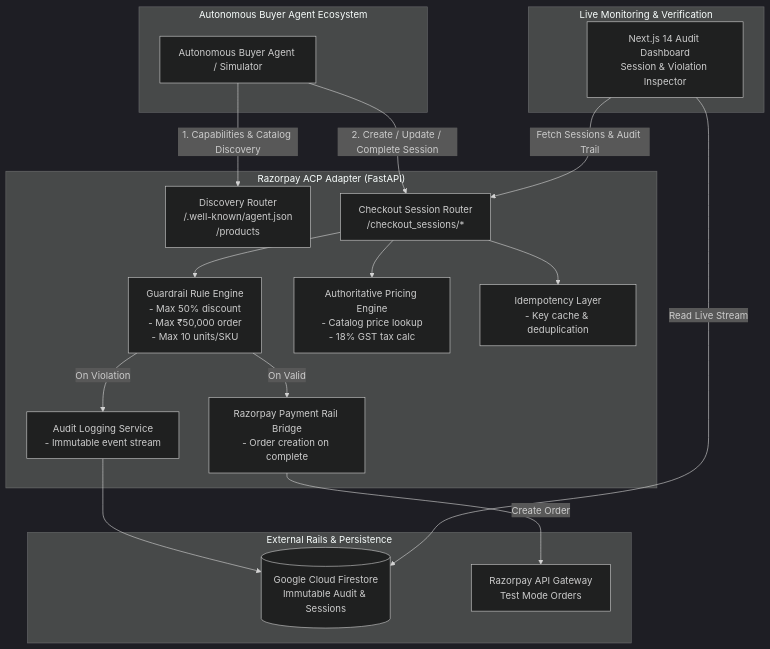
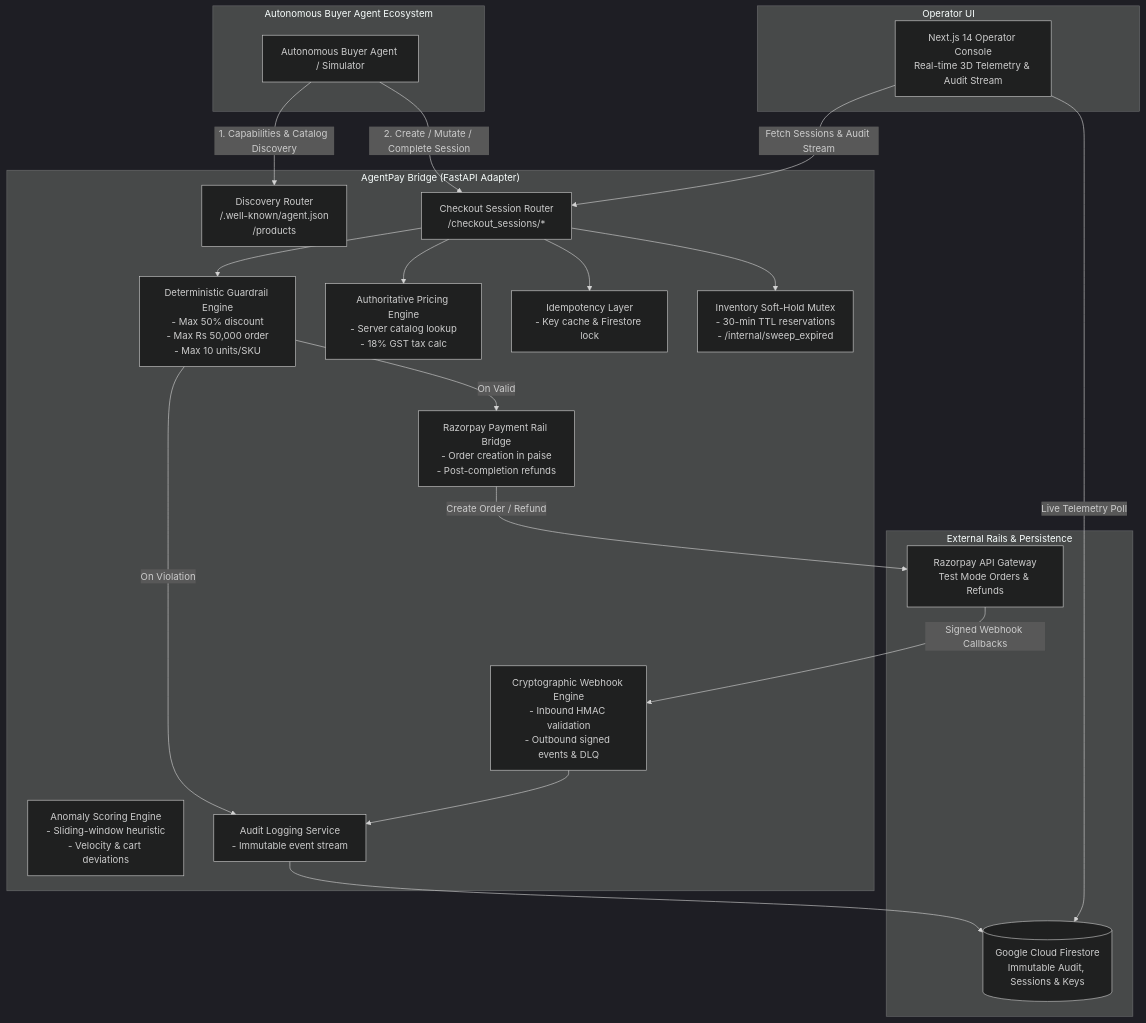
One commit to mohanprasath-dev/razorpay-acp-adapter changed the first of 2 diagrams in docs/architecture.md. Above: the diagram before and after it, drawn with Mermaid (dark theme). The commit also changed other lines of this file and 6 other files, not shown here.

````diff
--- a/docs/architecture.md
+++ b/docs/architecture.md
@@ -9,38 +12,44 @@
 ```mermaid
 flowchart TD
     subgraph BuyerAgent["Autonomous Buyer Agent Ecosystem"]
         Agent[Autonomous Buyer Agent / Simulator]
     end
 
-    subgraph ACPAdapter["Razorpay ACP Adapter (FastAPI)"]
+    subgraph AgentPayBridge["AgentPay Bridge (FastAPI Adapter)"]
         Discovery[Discovery Router\n/.well-known/agent.json\n/products]
         CheckoutRouter[Checkout Session Router\n/checkout_sessions/*]
-        Guardrails[Guardrail Rule Engine\n- Max 50% discount\n- Max ₹50,000 order\n- Max 10 units/SKU]
-        Pricing[Authoritative Pricing Engine\n- Catalog price lookup\n- 18% GST tax calc]
-        Idempotency[Idempotency Layer\n- Key cache & deduplication]
-        RazorpayBridge[Razorpay Payment Rail Bridge\n- Order creation on complete]
+        Guardrails[Deterministic Guardrail Engine\n- Max 50% discount\n- Max Rs 50,000 order\n- Max 10 units/SKU]
+        Pricing[Authoritative Pricing Engine\n- Server catalog lookup\n- 18% GST tax calc]
+        Idempotency[Idempotency Layer\n- Key cache & Firestore lock]
+        InventoryMutex[Inventory Soft-Hold Mutex\n- 30-min TTL reservations\n- /internal/sweep_expired]
+        AnomalyEngine[Anomaly Scoring Engine\n- Sliding-window heuristic\n- Velocity & cart deviations]
+        RazorpayBridge[Razorpay Payment Rail Bridge\n- Order creation in paise\n- Post-completion refunds]
+        WebhookService[Cryptographic Webhook Engine\n- Inbound HMAC validation\n- Outbound signed events & DLQ]
         AuditService[Audit Logging Service\n- Immutable event stream]
     end
 
     subgraph DataAndPayment["External Rails & Persistence"]
-        Firestore[(Google Cloud Firestore\nImmutable Audit & Sessions)]
-        RazorpayAPI[Razorpay API Gateway\nTest Mode Orders]
+        Firestore[(Google Cloud Firestore\nImmutable Audit, Sessions & Keys)]
+        RazorpayAPI[Razorpay API Gateway\nTest Mode Orders & Refunds]
     end
 
-    subgraph Dashboard["Live Monitoring & Verification"]
-        NextDashboard[Next.js 14 Audit Dashboard\nSession & Violation Inspector]
+    subgraph Dashboard["Operator UI"]
+        NextDashboard[Next.js 14 Operator Console\nReal-time 3D Telemetry & Audit Stream]
     end
 
     %% Flow connections
     Agent -->|1. Capabilities & Catalog Discovery| Discovery
-    Agent -->|2. Create / Update / Complete Session| CheckoutRouter
+    Agent -->|2. Create / Mutate / Complete Session| CheckoutRouter
     CheckoutRouter --> Idempotency
     CheckoutRouter --> Pricing
+    CheckoutRouter --> InventoryMutex
     CheckoutRouter --> Guardrails
     Guardrails -->|On Violation| AuditService
     Guardrails -->|On Valid| RazorpayBridge
-    RazorpayBridge -->|Create Order| RazorpayAPI
+    RazorpayBridge -->|Create Order / Refund| RazorpayAPI
+    RazorpayAPI -->|Signed Webhook Callbacks| WebhookService
+    WebhookService --> AuditService
     AuditService --> Firestore
-    NextDashboard -->|Fetch Sessions & Audit Trail| CheckoutRouter
-    NextDashboard -->|Read Live Stream| Firestore
+    NextDashboard -->|Fetch Sessions & Audit Stream| CheckoutRouter
+    NextDashboard -->|Live Telemetry Poll| Firestore
 ```
````
